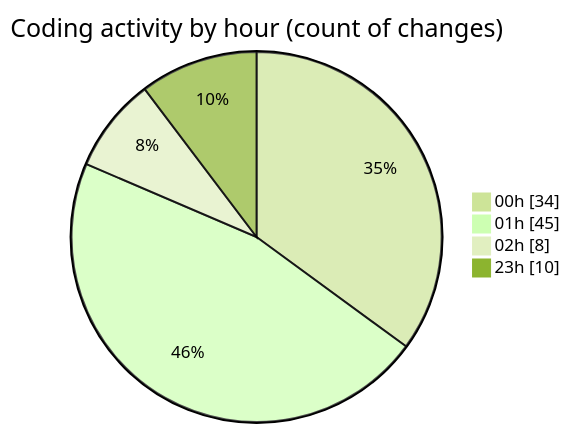
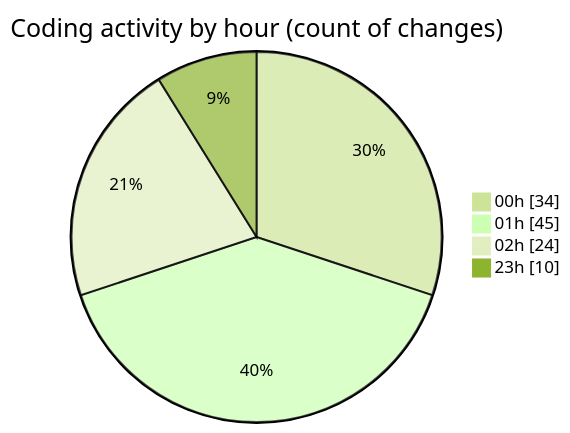
One commit to lephambinh05/code-tracking changed the second of 2 diagrams in 2025-07-15/nhahang/README.md. Above: the diagram before and after it, drawn with Mermaid (forest theme). The commit also changed other lines of this file and 1 other file, not shown here.

````diff
--- a/2025-07-15/nhahang/README.md
+++ b/2025-07-15/nhahang/README.md
@@ -76,8 +84,8 @@
 ```mermaid
 pie showData
 title Coding activity by hour (count of changes)
 "00h" : 34
 "01h" : 45
-"02h" : 8
+"02h" : 24
 "23h" : 10
 ```
````
